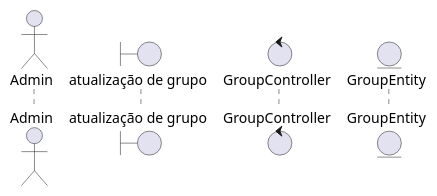
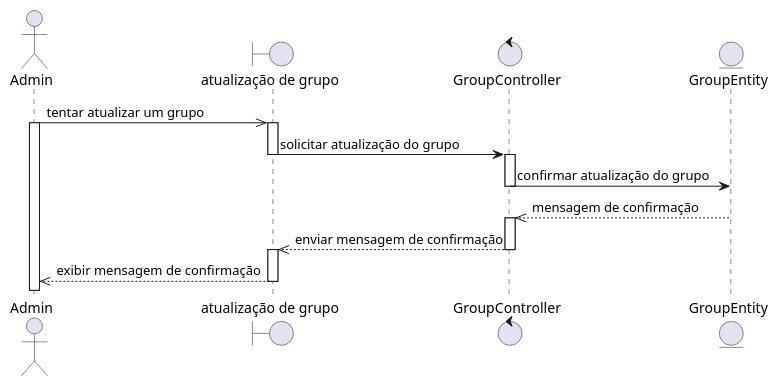
One commit to rodrigoRolim/CAdiagrams changed the diagram in sequence/admin/group.update.seq.wsd. Above: the diagram before and after it, drawn with PlantUML. The commit also changed 37 other files, not shown here.

```diff
--- a/sequence/admin/group.update.seq.wsd
+++ b/sequence/admin/group.update.seq.wsd
@@ -1,7 +1,22 @@
 @startuml
 actor Admin
 boundary "atualização de grupo" as grupo
 control GroupController
 entity GroupEntity
 
+Admin ->> grupo: tentar atualizar um grupo
+activate Admin
+activate grupo
+grupo -> GroupController: solicitar atualização do grupo
+deactivate grupo
+activate GroupController
+GroupController -> GroupEntity: confirmar atualização do grupo
+deactivate GroupController
+GroupEntity -->> GroupController: mensagem de confirmação
+activate GroupController
+GroupController -->> grupo: enviar mensagem de confirmação
+deactivate GroupController
+activate grupo
+grupo -->> Admin: exibir mensagem de confirmação
+deactivate grupo
 @enduml
```
